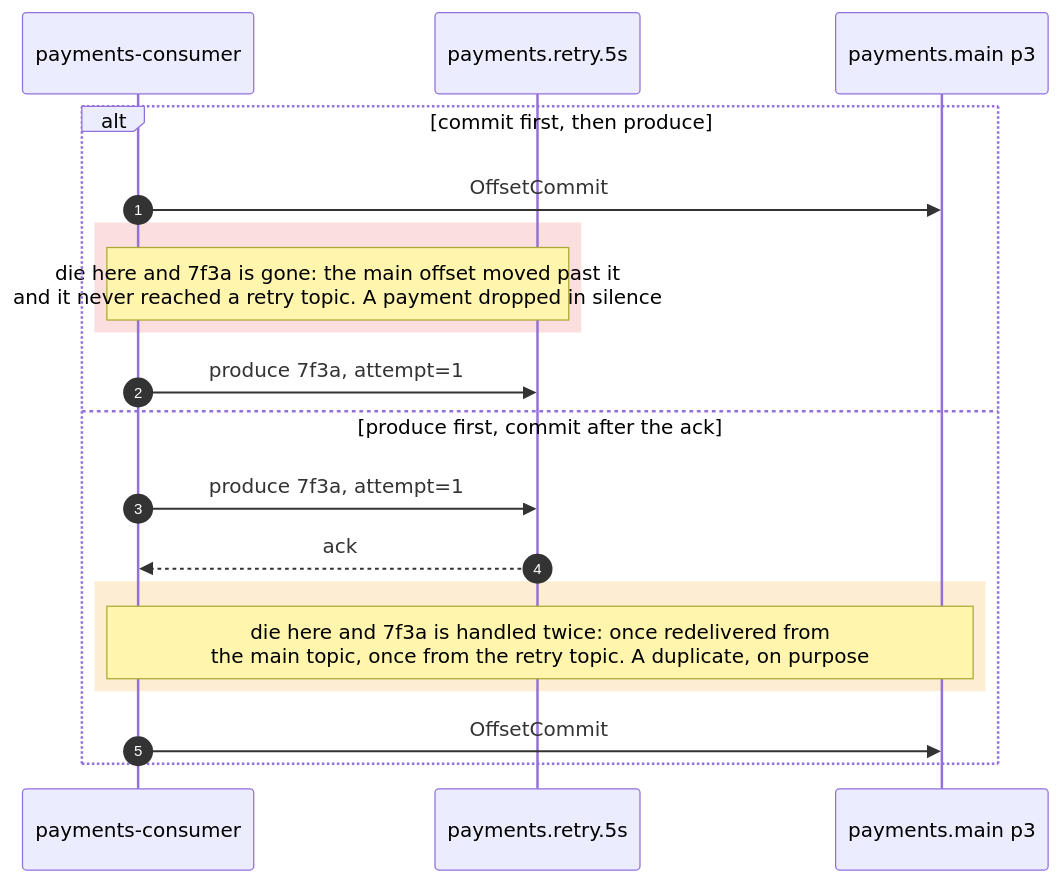
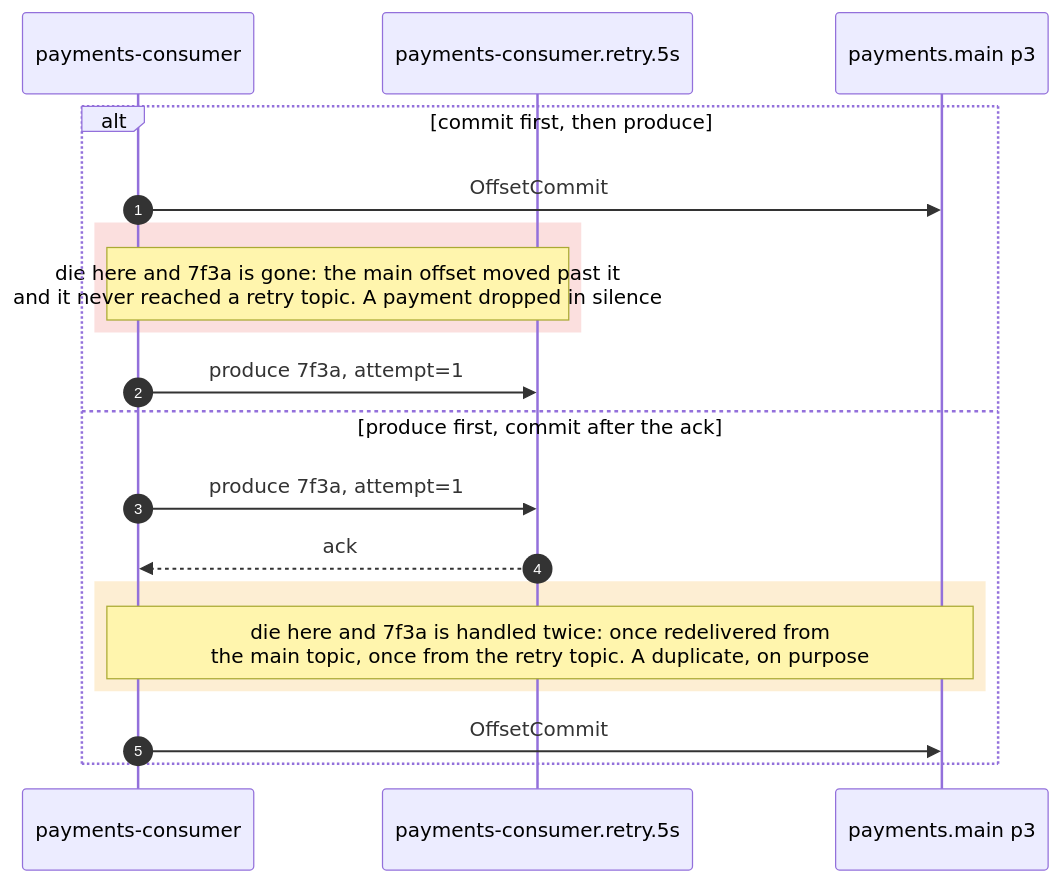
One commit to DmytroLysenko1/Kafka-lab changed the third of 3 diagrams in docs/static/07-retry-dlq.md. Above: the diagram before and after it, drawn with Mermaid. The commit also changed other lines of this file and 7 other files, not shown here.

First line of the commit message:
tied the retry and dead-letter docs to the consumer group

````diff
--- a/docs/static/07-retry-dlq.md
+++ b/docs/static/07-retry-dlq.md
@@ -91,22 +102,22 @@
 ```mermaid
 sequenceDiagram
     autonumber
     participant C as payments-consumer
-    participant R as payments.retry.5s
+    participant R as payments-consumer.retry.5s
     participant M as payments.main p3
 
     alt commit first, then produce
         C->>M: OffsetCommit
         rect rgba(229, 57, 53, 0.16)
             Note over C,R: die here and 7f3a is gone: the main offset moved past it<br/>and it never reached a retry topic. A payment dropped in silence
         end
         C->>R: produce 7f3a, attempt=1
     else produce first, commit after the ack
         C->>R: produce 7f3a, attempt=1
         R-->>C: ack
         rect rgba(245, 158, 11, 0.18)
             Note over C,M: die here and 7f3a is handled twice: once redelivered from<br/>the main topic, once from the retry topic. A duplicate, on purpose
         end
         C->>M: OffsetCommit
     end
 ```
````
